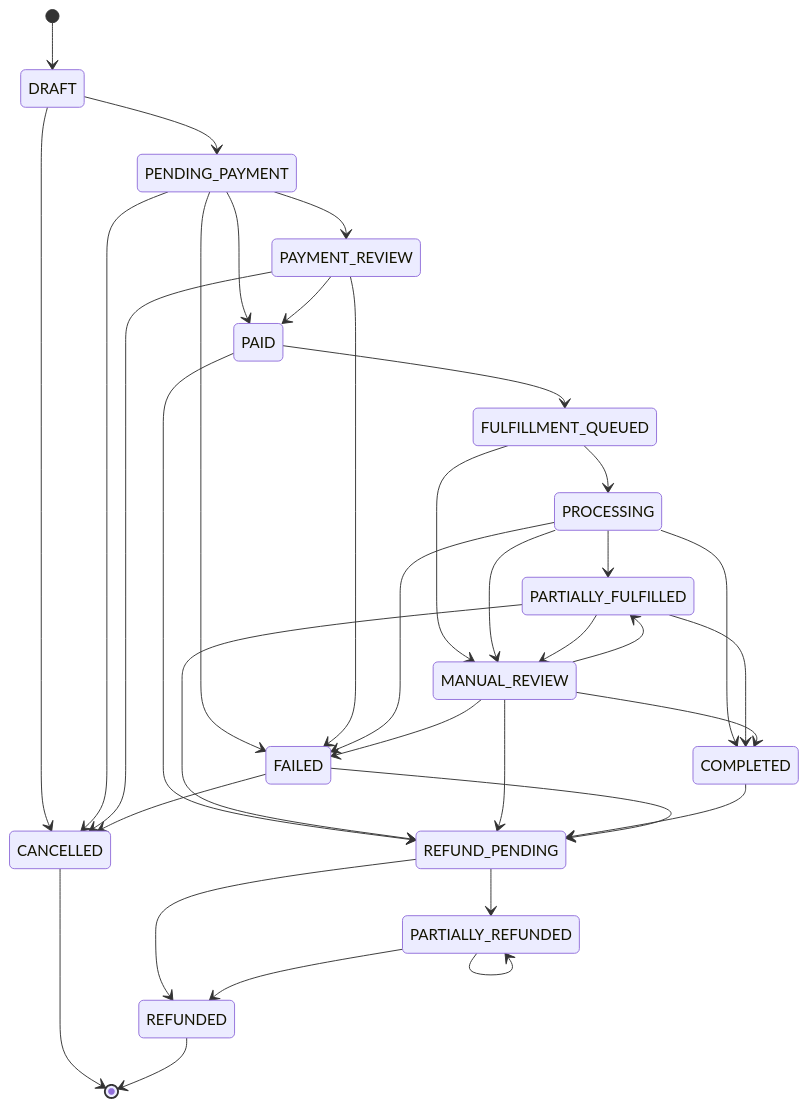
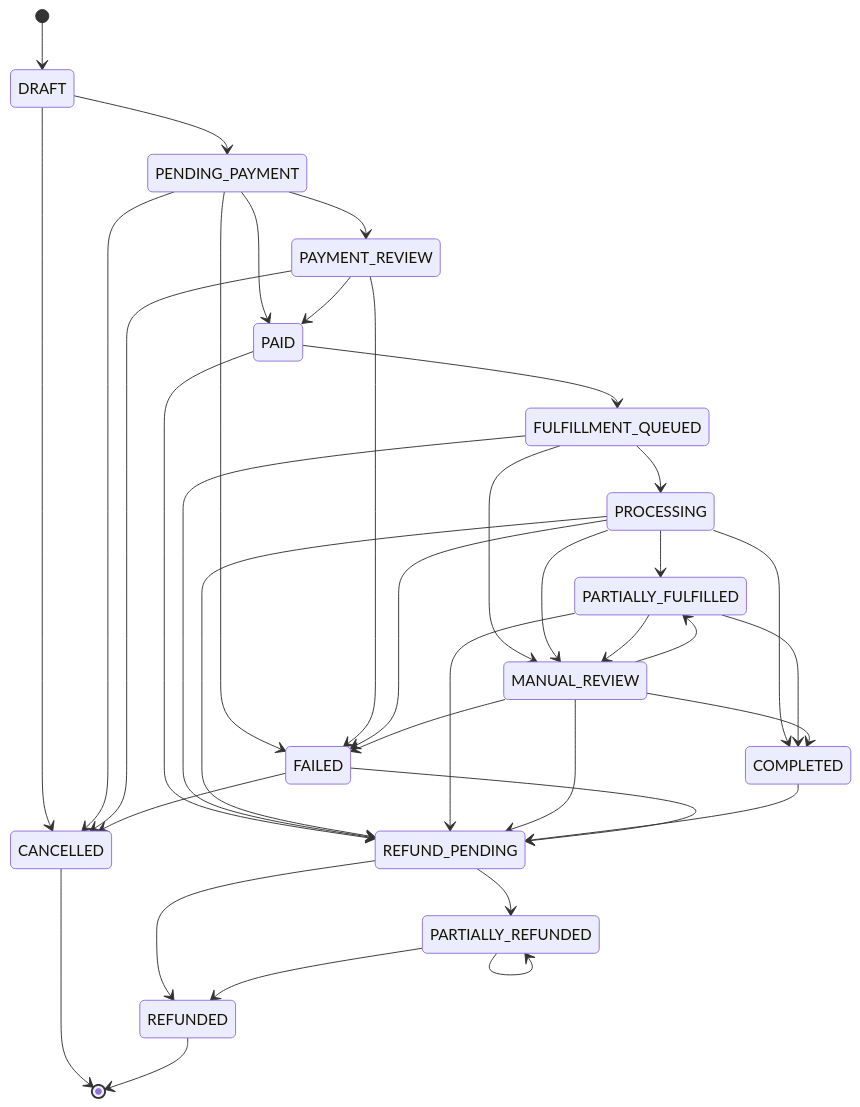
Before and after one commit to sorouhshamico-pixel/games_sub: the diagram in docs/ORDER_STATE_MACHINE.md, drawn with Mermaid. The commit also changed other lines of this file and 12 other files, not shown here.

First line of the commit message:
Add full/partial refund flow with admin UI

````diff
--- a/docs/ORDER_STATE_MACHINE.md
+++ b/docs/ORDER_STATE_MACHINE.md
@@ -9,37 +11,39 @@
 ```mermaid
 stateDiagram-v2
     [*] --> DRAFT
     DRAFT --> PENDING_PAYMENT
     DRAFT --> CANCELLED
     PENDING_PAYMENT --> PAYMENT_REVIEW
     PENDING_PAYMENT --> PAID
     PENDING_PAYMENT --> FAILED
     PENDING_PAYMENT --> CANCELLED
     PAYMENT_REVIEW --> PAID
     PAYMENT_REVIEW --> FAILED
     PAYMENT_REVIEW --> CANCELLED
     PAID --> FULFILLMENT_QUEUED
     PAID --> REFUND_PENDING
     FULFILLMENT_QUEUED --> PROCESSING
     FULFILLMENT_QUEUED --> MANUAL_REVIEW
+    FULFILLMENT_QUEUED --> REFUND_PENDING
     PROCESSING --> PARTIALLY_FULFILLED
     PROCESSING --> COMPLETED
     PROCESSING --> MANUAL_REVIEW
     PROCESSING --> FAILED
+    PROCESSING --> REFUND_PENDING
     PARTIALLY_FULFILLED --> COMPLETED
     PARTIALLY_FULFILLED --> MANUAL_REVIEW
     PARTIALLY_FULFILLED --> REFUND_PENDING
     MANUAL_REVIEW --> COMPLETED
     MANUAL_REVIEW --> PARTIALLY_FULFILLED
     MANUAL_REVIEW --> FAILED
     MANUAL_REVIEW --> REFUND_PENDING
     COMPLETED --> REFUND_PENDING
     FAILED --> REFUND_PENDING
     FAILED --> CANCELLED
     REFUND_PENDING --> PARTIALLY_REFUNDED
     REFUND_PENDING --> REFUNDED
     PARTIALLY_REFUNDED --> REFUNDED
     PARTIALLY_REFUNDED --> PARTIALLY_REFUNDED
     CANCELLED --> [*]
     REFUNDED --> [*]
 ```
````
